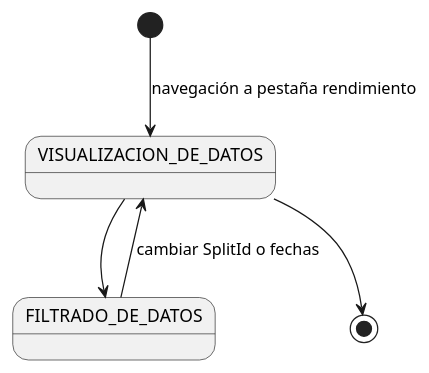
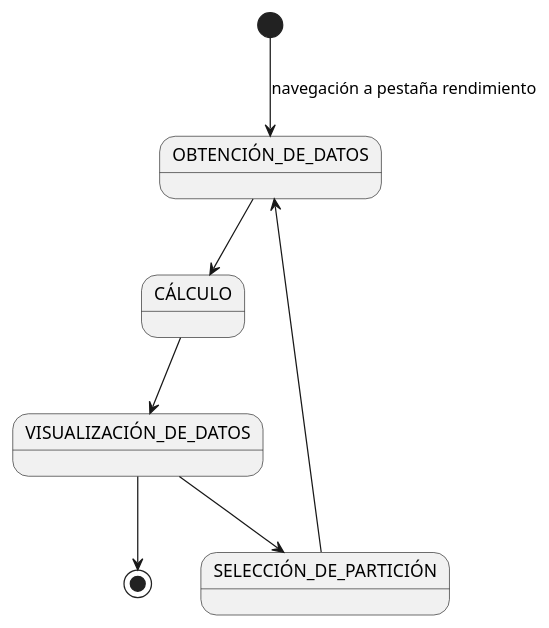
The diagram in Estudiantes/pablo-perez.martinez/Capitulo2/modeloDelDominioImagenes/diagramaDeContextoResponsableProduccion.puml (pablopeerezm/GII-TFG-2026), drawn with PlantUML before and after one commit. The commit also changed 17 other files, not shown here.

Commit message:
Added diagrams

```diff
--- a/Estudiantes/pablo-perez.martinez/Capitulo2/modeloDelDominioImagenes/diagramaDeContextoResponsableProduccion.puml
+++ b/Estudiantes/pablo-perez.martinez/Capitulo2/modeloDelDominioImagenes/diagramaDeContextoResponsableProduccion.puml
@@ -1,11 +1,15 @@
 @startuml
 
-[*] --> VISUALIZACION_DE_DATOS : navegación a pestaña rendimiento
+[*] --> OBTENCIÓN_DE_DATOS : navegación a pestaña rendimiento
 
-VISUALIZACION_DE_DATOS --> FILTRADO_DE_DATOS 
-FILTRADO_DE_DATOS  --> VISUALIZACION_DE_DATOS: cambiar SplitId o fechas
+OBTENCIÓN_DE_DATOS --> CÁLCULO
 
-VISUALIZACION_DE_DATOS --> [*]
+CÁLCULO --> VISUALIZACIÓN_DE_DATOS
 
+VISUALIZACIÓN_DE_DATOS --> SELECCIÓN_DE_PARTICIÓN
+
+SELECCIÓN_DE_PARTICIÓN--> OBTENCIÓN_DE_DATOS 
+
+VISUALIZACIÓN_DE_DATOS--> [*]
 
 @enduml
```
